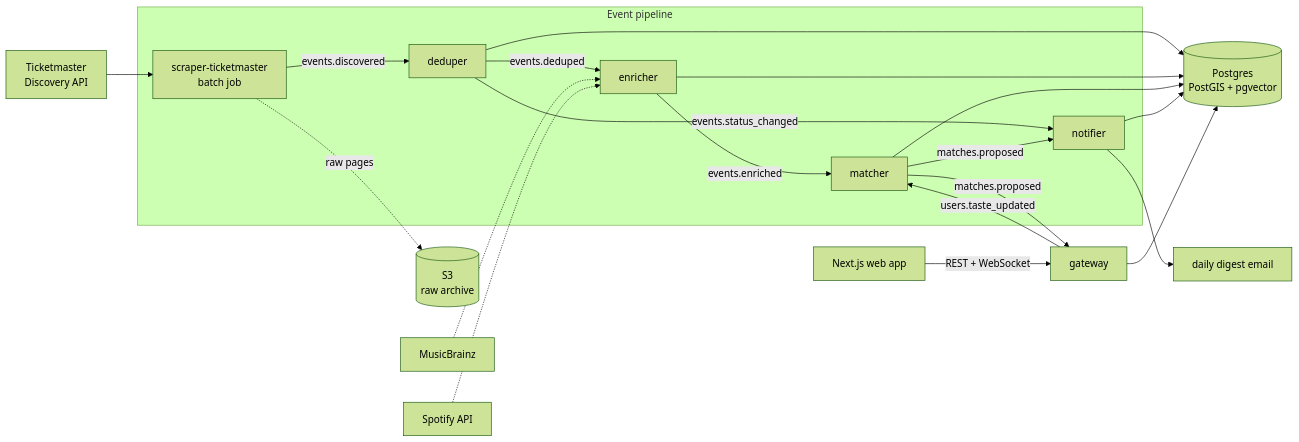
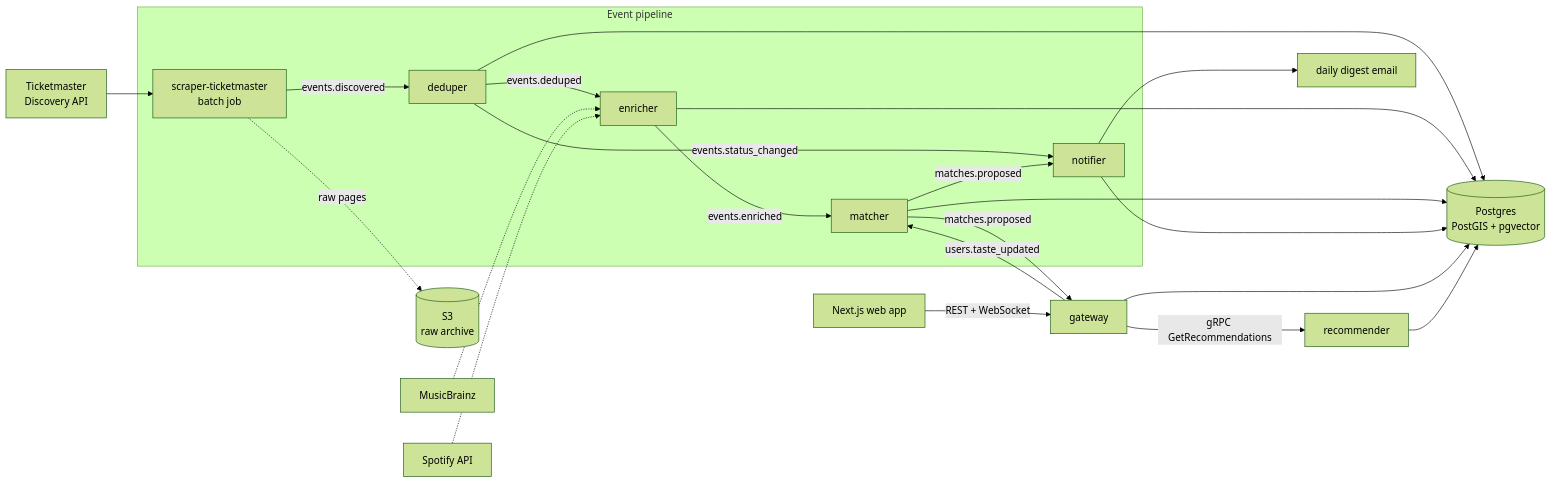
The first of 4 diagrams in docs/architecture.md (hollywood-an/concert-radar), drawn with Mermaid (forest theme) before and after one commit. The commit also changed other lines of this file and 57 other files, not shown here.

````diff
--- a/docs/architecture.md
+++ b/docs/architecture.md
@@ -9,21 +9,22 @@
 ```mermaid
 flowchart LR
     TM[Ticketmaster<br/>Discovery API] --> scraper
     subgraph pipeline [Event pipeline]
         scraper[scraper-ticketmaster<br/>batch job] -- events.discovered --> deduper
         deduper -- events.deduped --> enricher
         enricher -- events.enriched --> matcher
         deduper -- events.status_changed --> notifier
         matcher -- matches.proposed --> notifier
     end
     MB[MusicBrainz] -.-> enricher
     SP[Spotify API] -.-> enricher
     scraper -. raw pages .-> S3[(S3<br/>raw archive)]
 
     web[Next.js web app] -- REST + WebSocket --> gateway
     gateway -- users.taste_updated --> matcher
     matcher -- matches.proposed --> gateway
+    gateway -- gRPC GetRecommendations --> recommender
 
-    deduper & enricher & matcher & notifier & gateway --> PG[(Postgres<br/>PostGIS + pgvector)]
+    deduper & enricher & matcher & notifier & gateway & recommender --> PG[(Postgres<br/>PostGIS + pgvector)]
     notifier --> mail[daily digest email]
 ```
````
